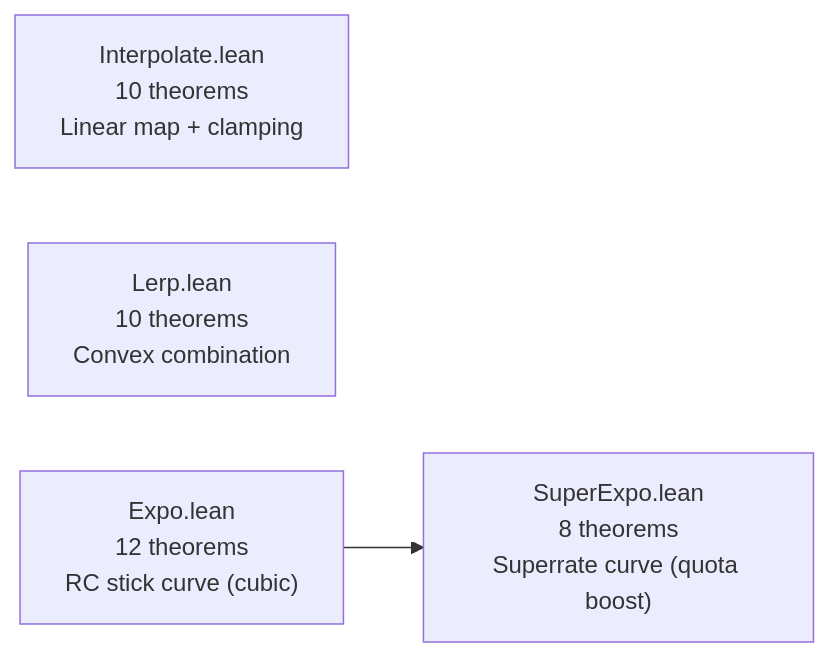
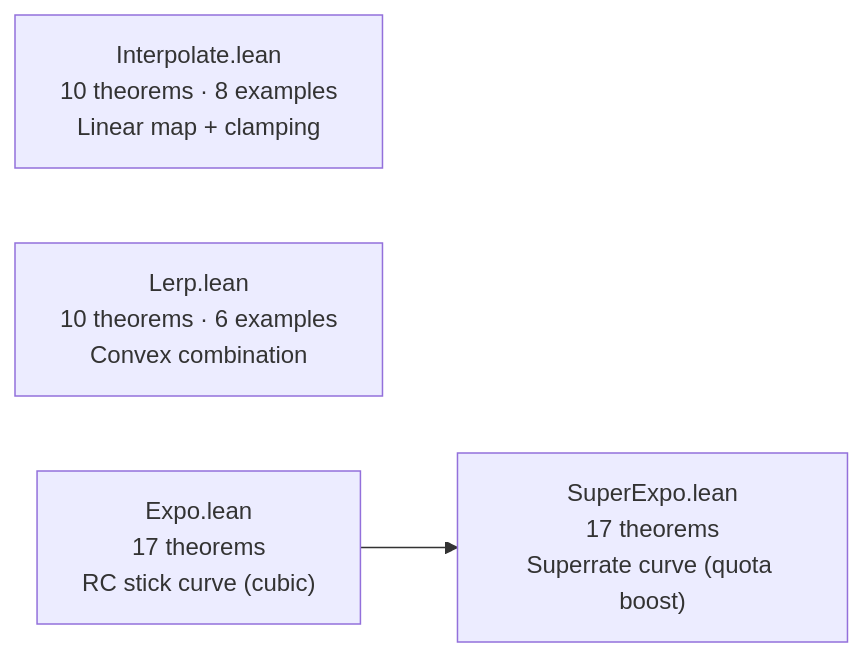
One commit to dsyme/PX4-Autopilot changed the fourth of 12 diagrams in formal-verification/REPORT.md. Above: the diagram before and after it, drawn with Mermaid. The commit also changed other lines of this file and 1 other file, not shown here.

First line of the commit message:
docs(formal-verification): update REPORT.md to 214 theorems; add Hysteresis informal spec

````diff
--- a/formal-verification/REPORT.md
+++ b/formal-verification/REPORT.md
@@ -101,8 +104,8 @@
 ```mermaid
 graph LR
-    IN["Interpolate.lean<br/>10 theorems<br/>Linear map + clamping"]
-    LR["Lerp.lean<br/>10 theorems<br/>Convex combination"]
-    EX["Expo.lean<br/>12 theorems<br/>RC stick curve (cubic)"]
-    SE["SuperExpo.lean<br/>8 theorems<br/>Superrate curve (quota boost)"]
+    IN["Interpolate.lean<br/>10 theorems · 8 examples<br/>Linear map + clamping"]
+    LR["Lerp.lean<br/>10 theorems · 6 examples<br/>Convex combination"]
+    EX["Expo.lean<br/>17 theorems<br/>RC stick curve (cubic)"]
+    SE["SuperExpo.lean<br/>17 theorems<br/>Superrate curve (quota boost)"]
     EX --> SE
 ```
````
